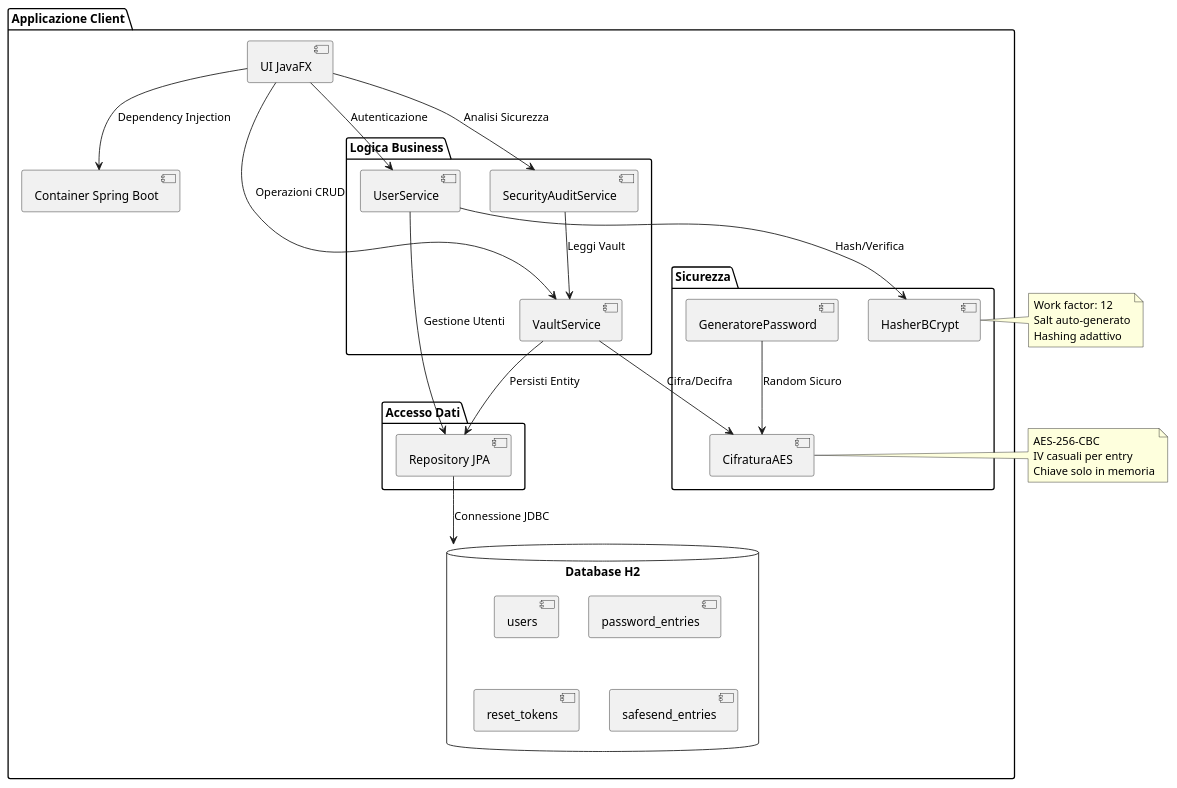
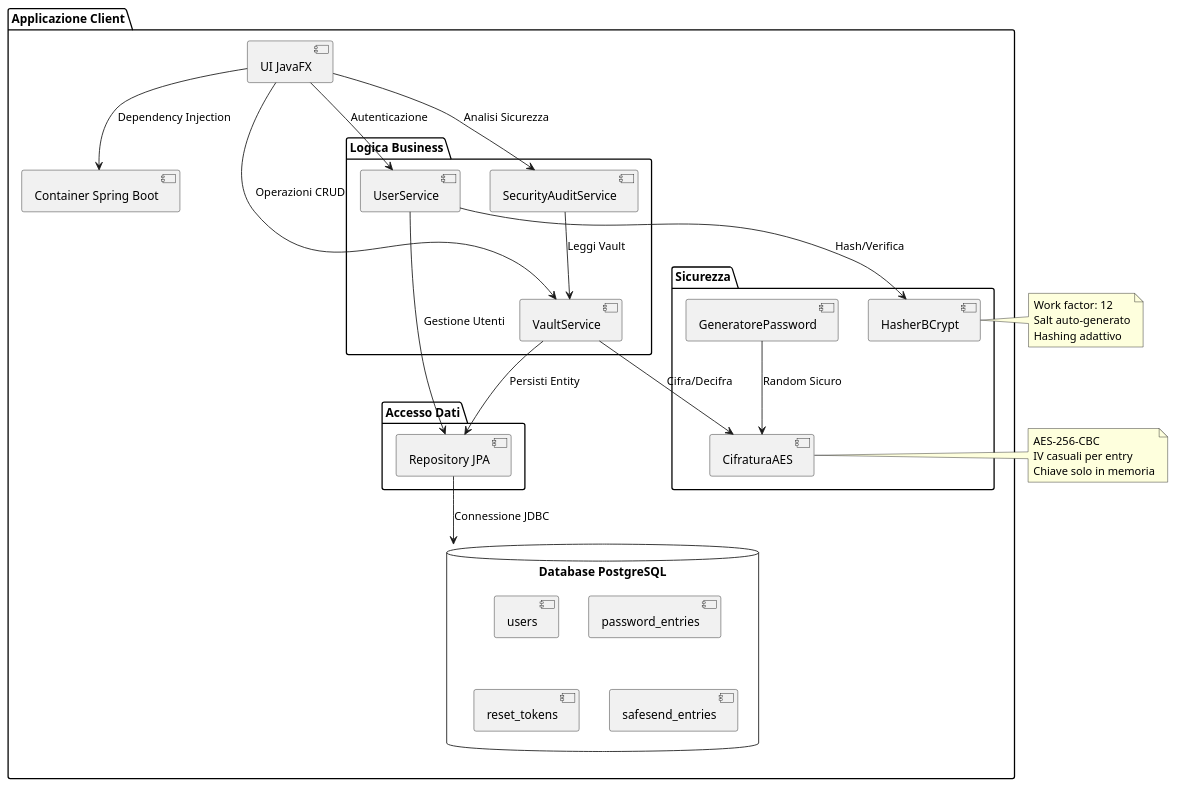
Before and after one commit to DaniaCiampalini/SafeCoreProject: the tenth of 10 diagrams in README.it.md, drawn with PlantUML. The commit also changed other lines of this file and 29 other files, not shown here.

````diff
--- a/README.it.md
+++ b/README.it.md
@@ -1875,59 +1989,59 @@
 ```plantuml
 @startuml
 package "Applicazione Client" {
   component [UI JavaFX] as UI
   component [Container Spring Boot] as Spring
   
   package "Logica Business" {
     component [VaultService] as Vault
     component [SecurityAuditService] as Audit
     component [UserService] as User
   }
   
   package "Sicurezza" {
     component [CifraturaAES] as AES
     component [HasherBCrypt] as BCrypt
     component [GeneratorePassword] as Gen
   }
   
   package "Accesso Dati" {
     component [Repository JPA] as JPA
   }
   
-  database "Database H2" as DB {
+  database "Database PostgreSQL" as DB {
     storage [users]
     storage [password_entries]
     storage [reset_tokens]
     storage [safesend_entries]
   }
 }
 
 UI --> Spring : Dependency Injection
 UI --> Vault : Operazioni CRUD
 UI --> Audit : Analisi Sicurezza
 UI --> User : Autenticazione
 
 Vault --> AES : Cifra/Decifra
 User --> BCrypt : Hash/Verifica
 Gen --> AES : Random Sicuro
 
 Vault --> JPA : Persisti Entity
 User --> JPA : Gestione Utenti
 Audit --> Vault : Leggi Vault
 
 JPA --> DB : Connessione JDBC
 
 note right of AES
   AES-256-CBC
   IV casuali per entry
   Chiave solo in memoria
 end note
 
 note right of BCrypt
   Work factor: 12
   Salt auto-generato
   Hashing adattivo
 end note
 
 @enduml
 ```
````
